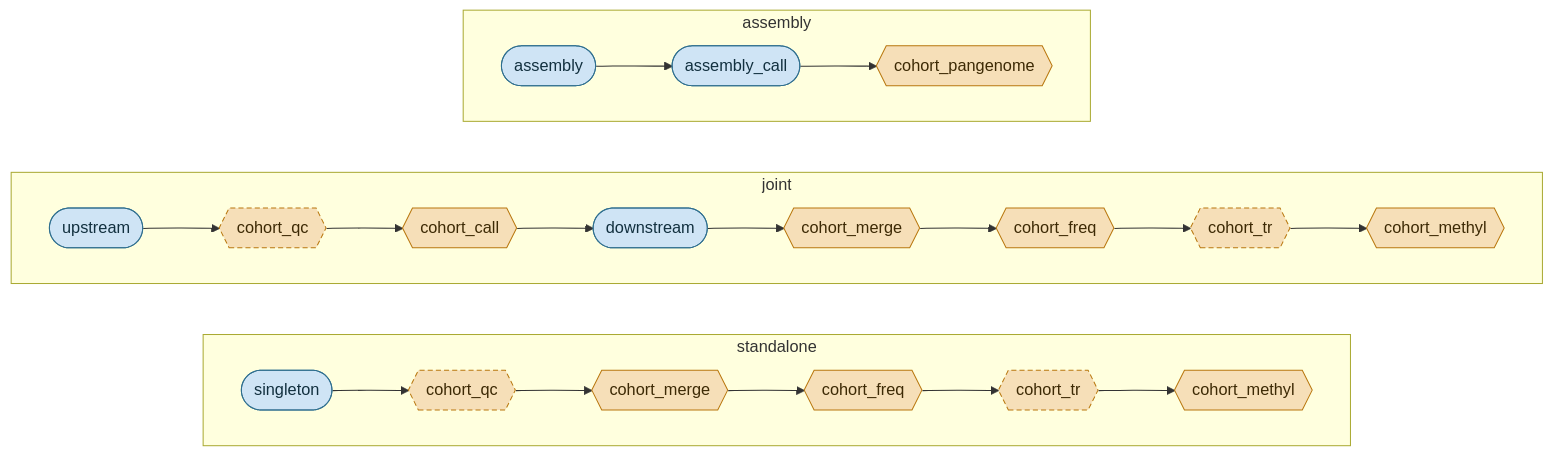
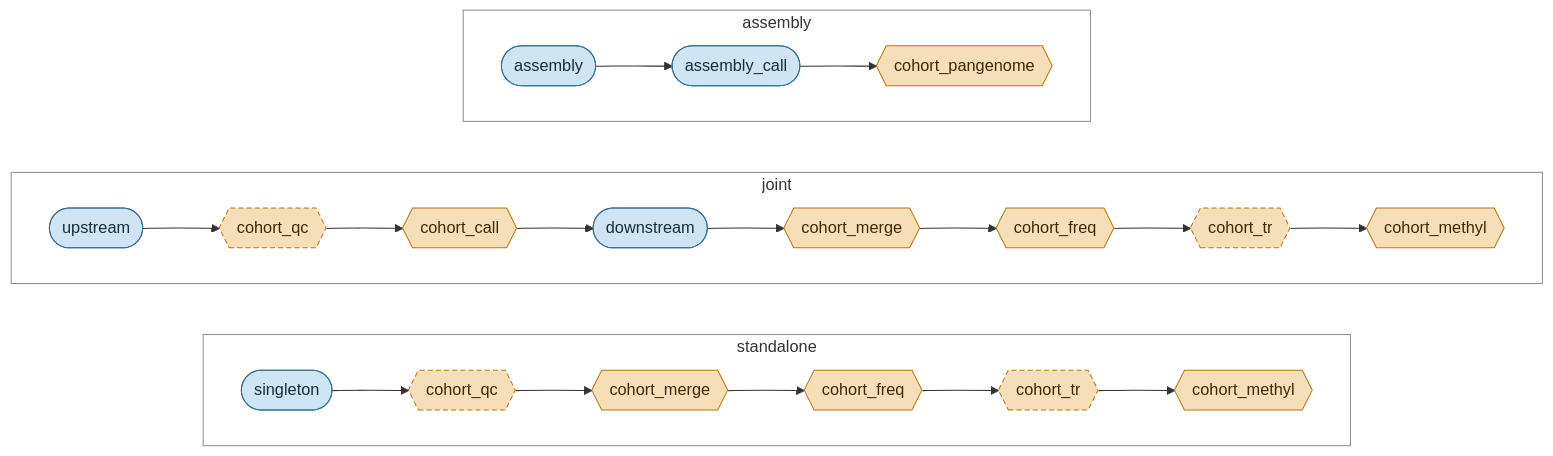
Before and after one commit to UppsalaGenomeCenter/ugc-wgw: the diagram in docs/guide/01-overview.md, drawn with Mermaid. The commit also changed 19 other files, not shown here.

````diff
--- a/docs/guide/01-overview.md
+++ b/docs/guide/01-overview.md
@@ -39,18 +39,20 @@
 ```mermaid
 flowchart LR
   subgraph standalone
     direction LR
     a1(["singleton"]):::sample --> a0{{"cohort_qc"}}:::optional --> a2{{"cohort_merge"}}:::cohort --> a3{{"cohort_freq"}}:::cohort --> a5{{"cohort_tr"}}:::optional --> a4{{"cohort_methyl"}}:::cohort
   end
   subgraph joint
     direction LR
     b1(["upstream"]):::sample --> b0{{"cohort_qc"}}:::optional --> b2{{"cohort_call"}}:::cohort --> b3(["downstream"]):::sample --> b4{{"cohort_merge"}}:::cohort --> b5{{"cohort_freq"}}:::cohort --> b7{{"cohort_tr"}}:::optional --> b6{{"cohort_methyl"}}:::cohort
   end
   subgraph assembly
     direction LR
     c1(["assembly"]):::sample --> c2(["assembly_call"]):::sample --> c3{{"cohort_pangenome"}}:::cohort
   end
   classDef sample fill:#cfe4f5,stroke:#2f6f8f,color:#12303f
   classDef cohort fill:#f6dfb8,stroke:#b9770e,color:#3d2a05
   classDef optional fill:#f6dfb8,stroke:#b9770e,color:#3d2a05,stroke-dasharray:5 3
+  classDef box fill:none,stroke:#8a8f95
+  class standalone,joint,assembly box
 ```
````
